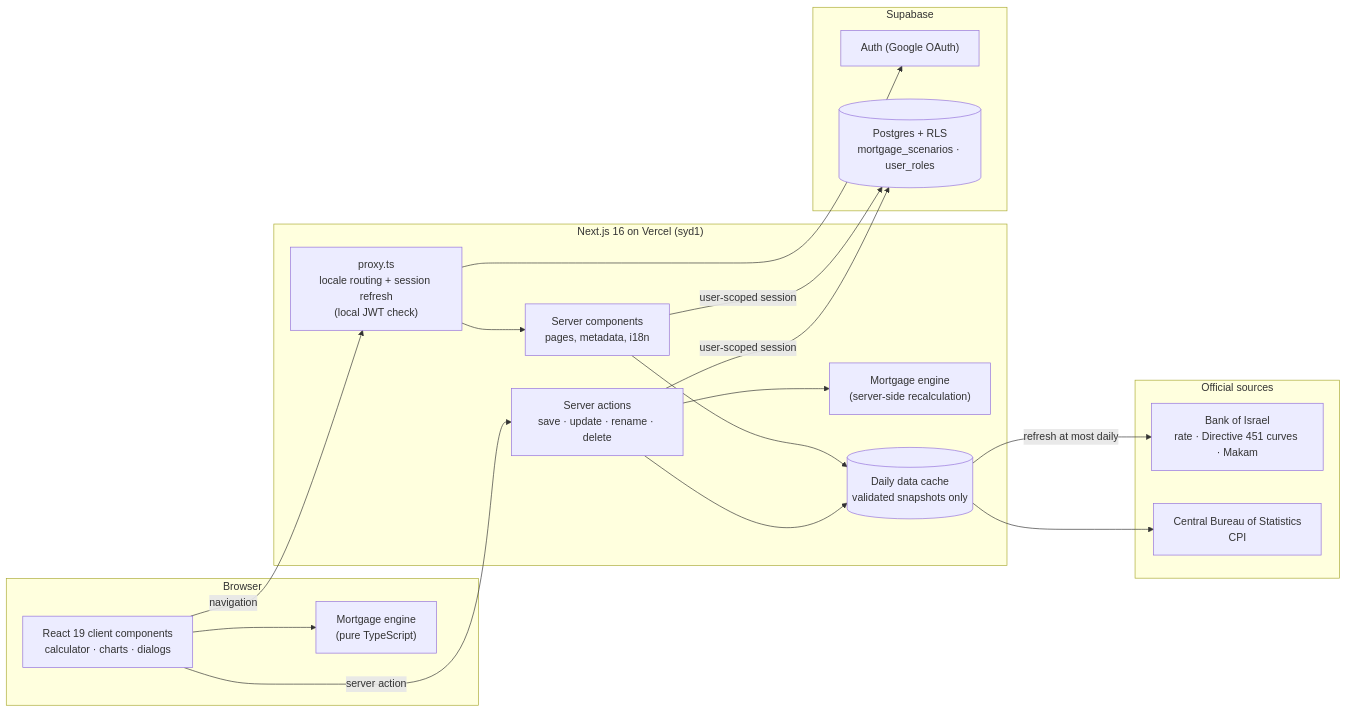
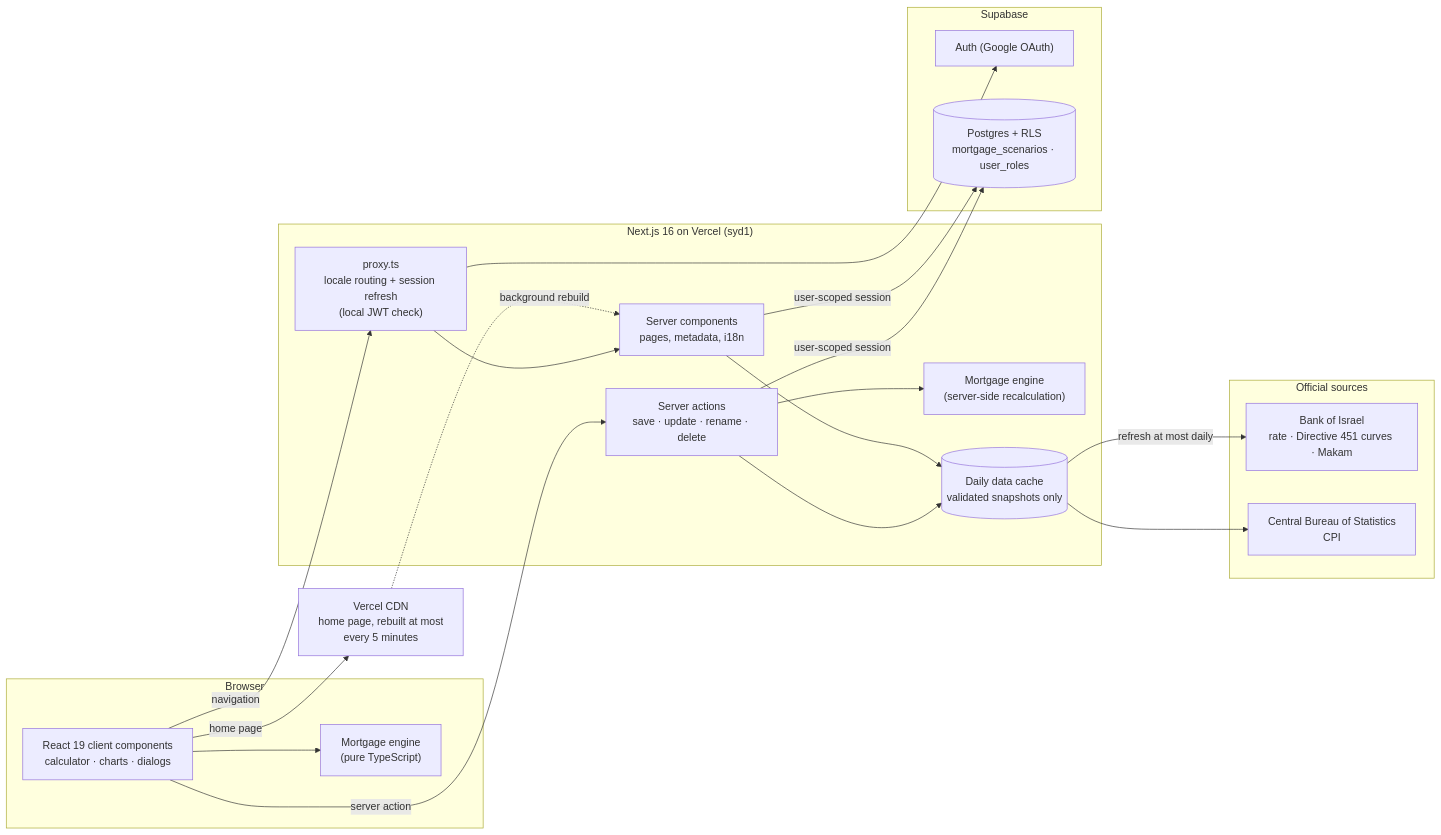
Before and after one commit to nissimcoh/mortgage-mentor: the diagram in README.md, drawn with Mermaid. The commit also changed other lines of this file and 16 other files, not shown here.

````diff
--- a/README.md
+++ b/README.md
@@ -152,37 +207,41 @@
 ```mermaid
 flowchart LR
     subgraph Browser
         UI["React 19 client components<br/>calculator · charts · dialogs"]
         ENG1["Mortgage engine<br/>(pure TypeScript)"]
         UI --> ENG1
     end
+
+    CDN["Vercel CDN<br/>home page, rebuilt at most<br/>every 5 minutes"]
 
     subgraph Vercel["Next.js 16 on Vercel (syd1)"]
         PX["proxy.ts<br/>locale routing + session refresh<br/>(local JWT check)"]
         RSC["Server components<br/>pages, metadata, i18n"]
         SA["Server actions<br/>save · update · rename · delete"]
         ENG2["Mortgage engine<br/>(server-side recalculation)"]
         CACHE[("Daily data cache<br/>validated snapshots only")]
         SA --> ENG2
         RSC --> CACHE
         SA --> CACHE
     end
 
     subgraph Official["Official sources"]
         BOI["Bank of Israel<br/>rate · Directive 451 curves · Makam"]
         CBS["Central Bureau of Statistics<br/>CPI"]
     end
 
     subgraph Supabase
         AUTH["Auth (Google OAuth)"]
         DB[("Postgres + RLS<br/>mortgage_scenarios · user_roles")]
     end
 
+    UI -- "home page" --> CDN
+    CDN -. "background rebuild" .-> RSC
     UI -- navigation --> PX --> RSC
     UI -- server action --> SA
     CACHE -- "refresh at most daily" --> BOI
     CACHE --> CBS
     RSC -- "user-scoped session" --> DB
     SA -- "user-scoped session" --> DB
     PX --> AUTH
 ```
````
